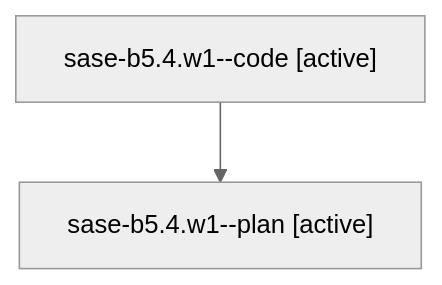
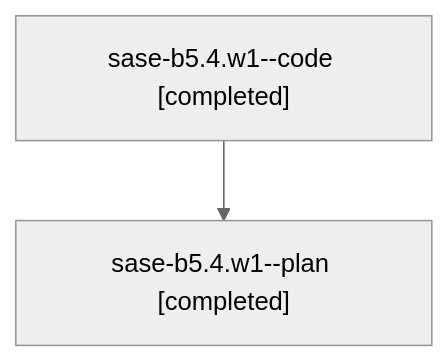
The diagram in families/bbugyi200.athena.sase-b5.4.w1.md (sase-org/sase--agents), drawn with Mermaid (neutral theme) before and after one commit. The commit also changed other lines of this file and 20 other files, not shown here.

````diff
--- a/families/bbugyi200.athena.sase-b5.4.w1.md
+++ b/families/bbugyi200.athena.sase-b5.4.w1.md
@@ -9,6 +9,6 @@
 ```mermaid
 flowchart TD
-  n0["sase-b5.4.w1--code [active]"]
-  n1["sase-b5.4.w1--plan [active]"]
+  n0["sase-b5.4.w1--code [completed]"]
+  n1["sase-b5.4.w1--plan [completed]"]
   n0 --> n1
 ```
````
